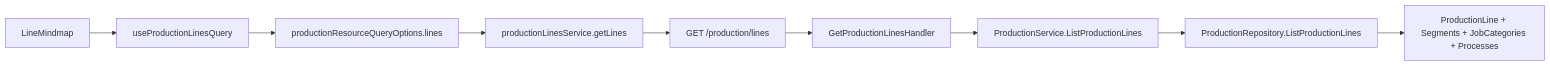
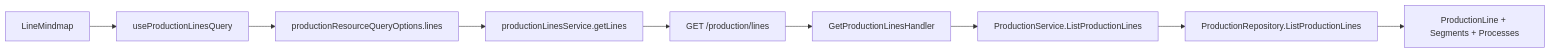
One commit to tanzanite2025/erp-mes-crm-plm changed the first of 3 diagrams in docs/architecture/生产架构与委外边界设计.md. Above: the diagram before and after it, drawn with Mermaid. The commit also changed other lines of this file and 89 other files, not shown here.

````diff
--- a/docs/architecture/生产架构与委外边界设计.md
+++ b/docs/architecture/生产架构与委外边界设计.md
@@ -125,11 +126,11 @@
 ```mermaid
 flowchart LR
   A["LineMindmap"] --> B["useProductionLinesQuery"]
   B --> C["productionResourceQueryOptions.lines"]
   C --> D["productionLinesService.getLines"]
   D --> E["GET /production/lines"]
   E --> F["GetProductionLinesHandler"]
   F --> G["ProductionService.ListProductionLines"]
   G --> H["ProductionRepository.ListProductionLines"]
-  H --> I["ProductionLine + Segments + JobCategories + Processes"]
+  H --> I["ProductionLine + Segments + Processes"]
 ```
````
